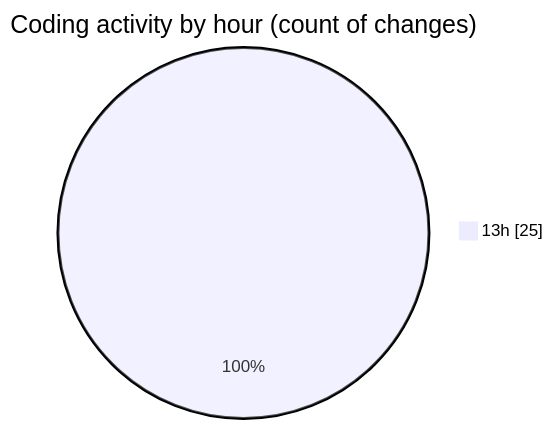
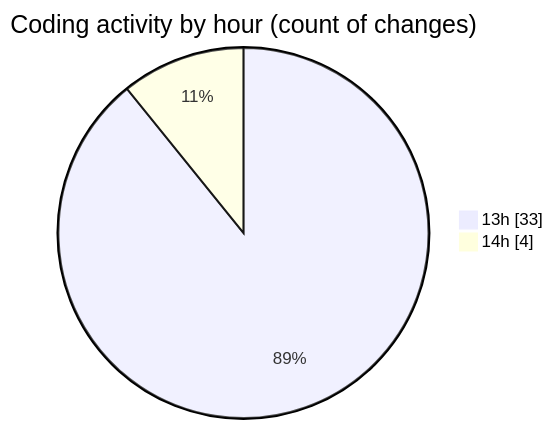
The second of 2 diagrams in 2025-09-13/hiai-phf/README.md (lephambinh05/code-tracking), drawn with Mermaid before and after one commit. The commit also changed other lines of this file and 1 other file, not shown here.

````diff
--- a/2025-09-13/hiai-phf/README.md
+++ b/2025-09-13/hiai-phf/README.md
@@ -36,5 +36,6 @@
 ```mermaid
 pie showData
 title Coding activity by hour (count of changes)
-"13h" : 25
+"13h" : 33
+"14h" : 4
 ```
````
